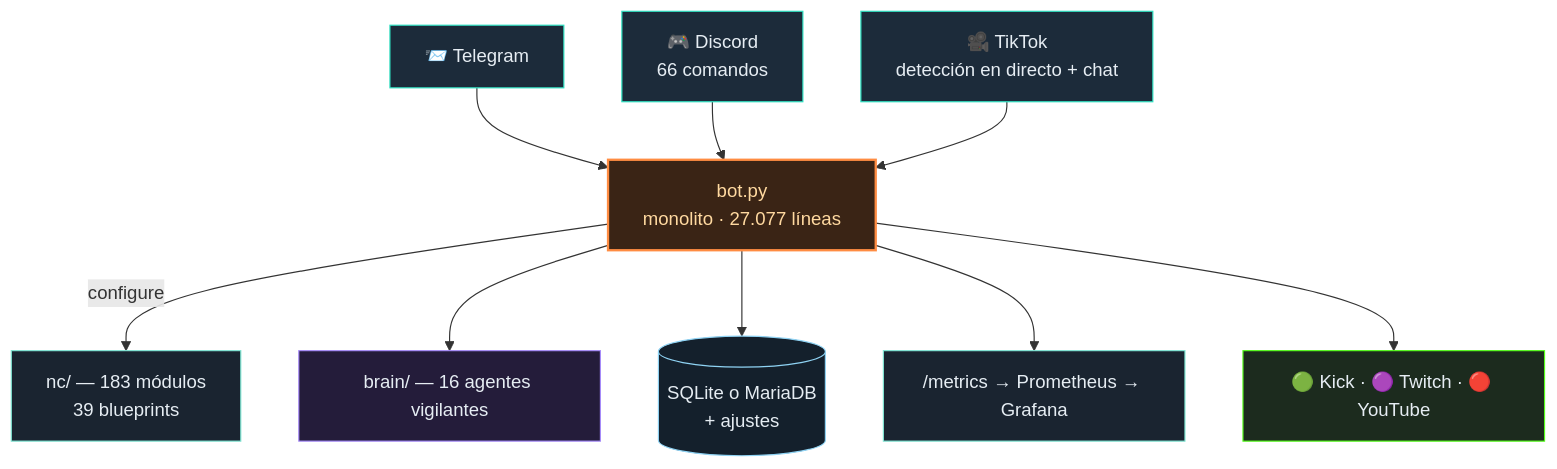
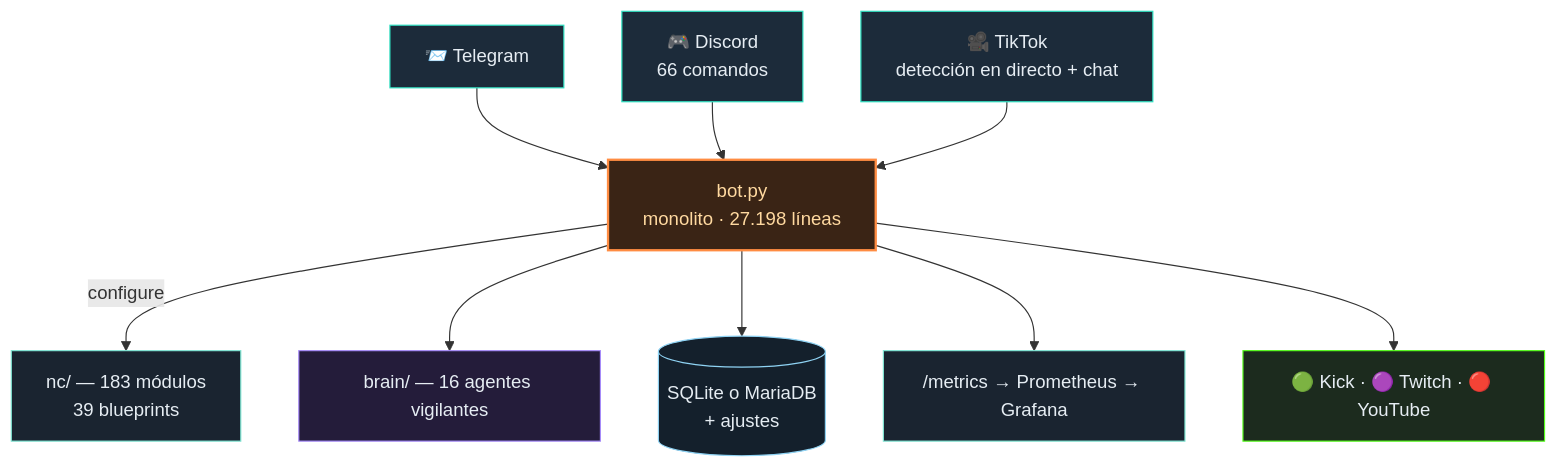
One commit to itsamemedev/Telegram-Stream-Info-Bot changed the diagram in README.es.md. Above: the diagram before and after it, drawn with Mermaid. The commit also changed other lines of this file and 15 other files, not shown here.

````diff
--- a/README.es.md
+++ b/README.es.md
@@ -64,18 +64,18 @@
 ```mermaid
 flowchart TB
     TG["📨 Telegram"]:::ein --> BOT
     DC["🎮 Discord<br/>66 comandos"]:::ein --> BOT
     TT["🎥 TikTok<br/>detección en directo + chat"]:::ein --> BOT
-    BOT["bot.py<br/>monolito · 27.077 líneas"]:::core
+    BOT["bot.py<br/>monolito · 27.198 líneas"]:::core
     BOT -->|configure| NC["nc/ — 183 módulos<br/>39 blueprints"]:::lib
     BOT --> BRAIN["brain/ — 16 agentes vigilantes"]:::brain
     BOT --> DB[("SQLite o MariaDB<br/>+ ajustes")]:::db
     BOT --> PROM["/metrics → Prometheus → Grafana"]:::lib
     BOT --> OUT["🟢 Kick · 🟣 Twitch · 🔴 YouTube"]:::out
     classDef ein fill:#1c2b3a,stroke:#2de1c2,color:#e6edf3
     classDef core fill:#3a2415,stroke:#ff8c42,stroke-width:2px,color:#ffd9a0
     classDef lib fill:#1a2430,stroke:#7fe7d4,color:#e6edf3
     classDef brain fill:#241c3a,stroke:#a78bfa,color:#e6edf3
     classDef db fill:#14202c,stroke:#8fd3f4,color:#e6edf3
     classDef out fill:#1c2b1e,stroke:#53fc18,color:#e6edf3
 ```
````
